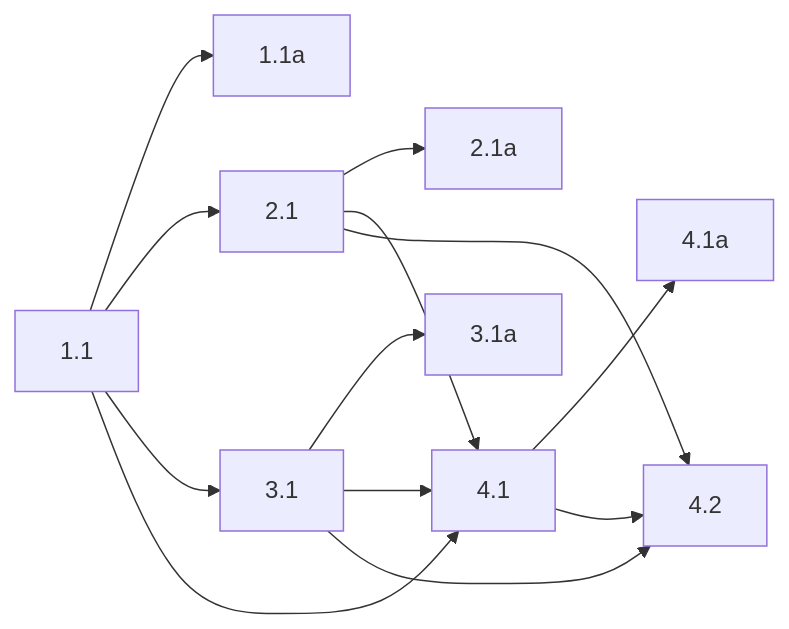
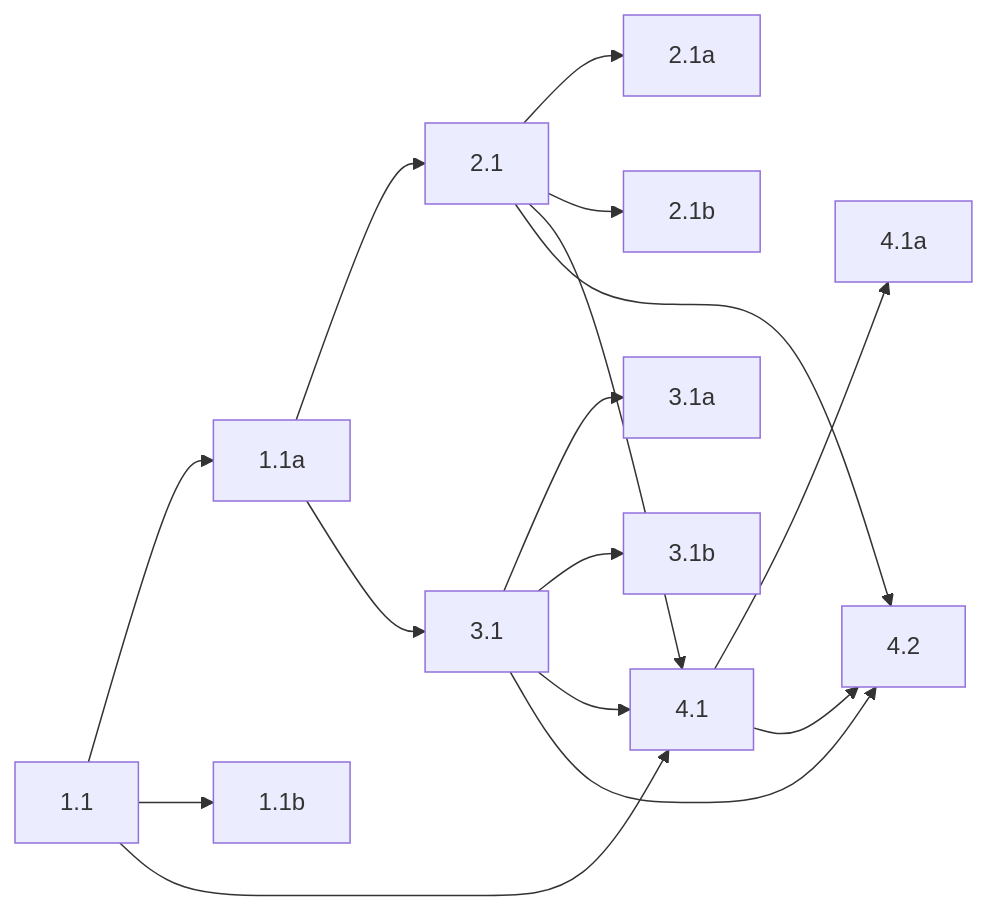
The diagram in specs/pager-mode/tasks.md (shyndman/danger-pi), drawn with Mermaid before and after one commit. The commit also changed other lines of this file and 7 other files, not shown here.

````diff
--- a/specs/pager-mode/tasks.md
+++ b/specs/pager-mode/tasks.md
@@ -21,15 +21,18 @@
 ```mermaid
 graph LR
   1.1 --> 1.1a
-  1.1 --> 2.1
-  1.1 --> 3.1
+  1.1 --> 1.1b
+  1.1a --> 2.1
+  1.1a --> 3.1
   2.1 --> 2.1a
+  2.1 --> 2.1b
   3.1 --> 3.1a
+  3.1 --> 3.1b
   1.1 --> 4.1
   2.1 --> 4.1
   3.1 --> 4.1
   4.1 --> 4.1a
   2.1 --> 4.2
   3.1 --> 4.2
   4.1 --> 4.2
 ```
````
